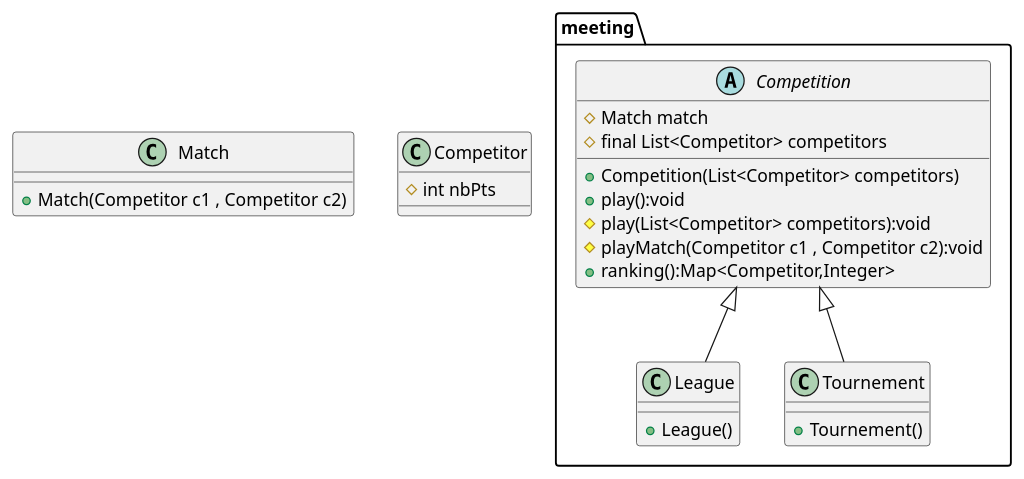
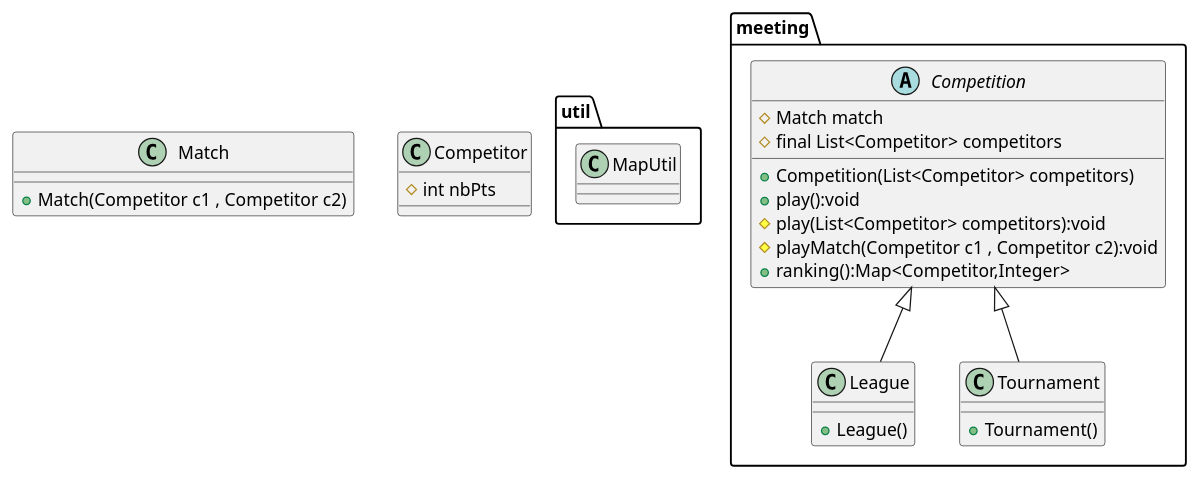
One commit to Rouxhero/GitDuBled changed the diagram in [CodeToUml]/Test.wsd. Above: the diagram before and after it, drawn with PlantUML. The commit also changed 5 other files, not shown here.

```diff
--- a/[CodeToUml]/Test.wsd
+++ b/[CodeToUml]/Test.wsd
@@ -1,42 +1,44 @@
 @startuml
+package util{
 
-
-
+class MapUtil{
+}
+}
 class Match{
 
 + Match(Competitor c1 , Competitor c2)
 }
 
 class Competitor{
 # int nbPts
 }
 
 package meeting {
 
 abstract class Competition{
 
 # Match match
 # final List<Competitor> competitors
 + Competition(List<Competitor> competitors)
 + play():void
 # play(List<Competitor> competitors):void
 # playMatch(Competitor c1 , Competitor c2):void
 + ranking():Map<Competitor,Integer>
 
 }
 
 class League{
 
 + League()
 
 }
-class Tournement{
+class Tournament{
 
-+ Tournement()
++ Tournament()
 
 }
 
-Competition <|-- Tournement
+Competition <|-- Tournament
 Competition <|-- League
 }
 @enduml
```
